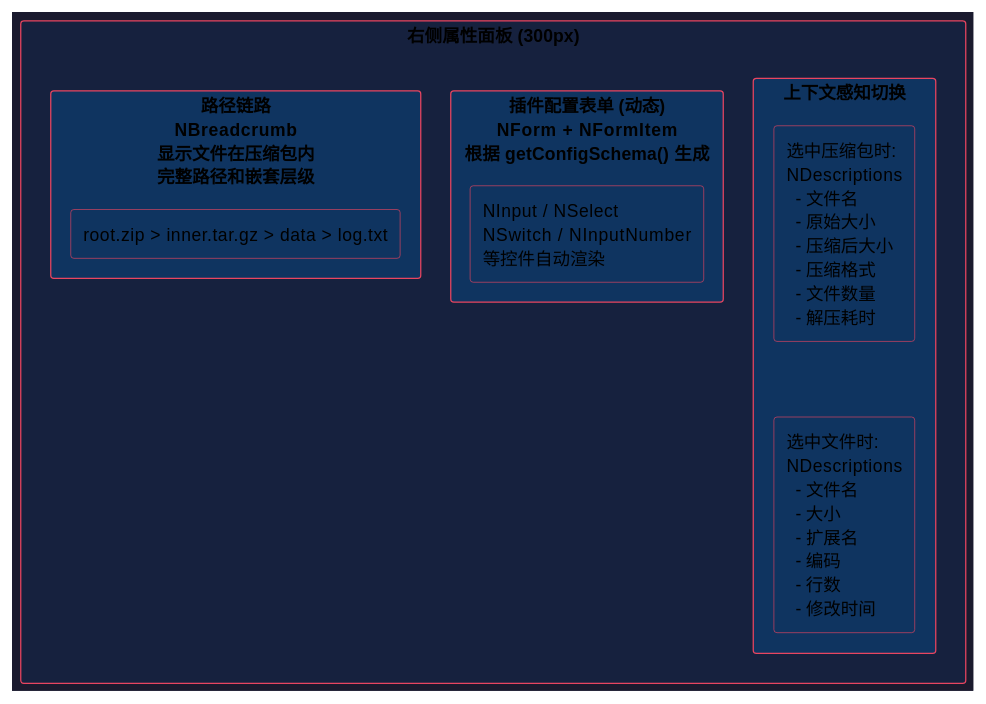
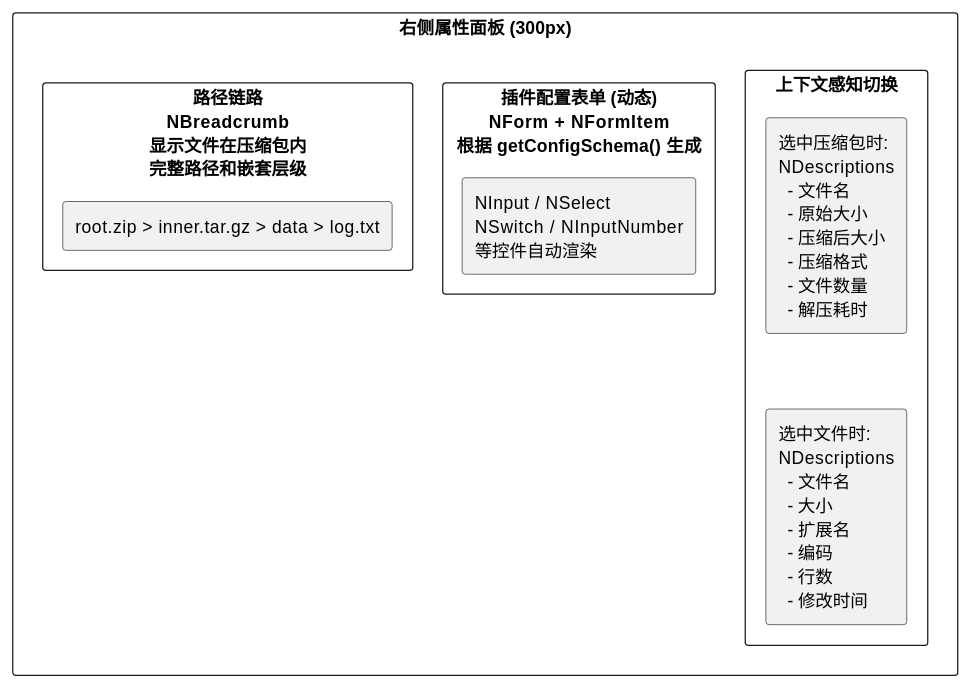
The sixth of 20 diagrams in docs/superpowers/specs/2026-06-26-system-architecture-design.md (taoweidong/Hello-Tauri), drawn with PlantUML before and after one commit. The commit also changed other lines of this file and 1 other file, not shown here.

Commit message:
docs: add README, remove PlantUML dark theme styles

````diff
--- a/docs/superpowers/specs/2026-06-26-system-architecture-design.md
+++ b/docs/superpowers/specs/2026-06-26-system-architecture-design.md
@@ -337,29 +308,24 @@
 ```plantuml
 @startuml
-skinparam backgroundColor #1a1a2e
-skinparam defaultTextColor #e0e0e0
-skinparam rectangleBackgroundColor #0f3460
-skinparam rectangleBorderColor #e94560
-skinparam arrowColor #e94560
 
-rectangle "右侧属性面板 (300px)" #16213e {
+rectangle "右侧属性面板 (300px)" {
 
-  rectangle "上下文感知切换" #0f3460 {
+  rectangle "上下文感知切换" {
 
     rectangle "选中压缩包时:\nNDescriptions\n  - 文件名\n  - 原始大小\n  - 压缩后大小\n  - 压缩格式\n  - 文件数量\n  - 解压耗时" as archive_meta
 
     rectangle "选中文件时:\nNDescriptions\n  - 文件名\n  - 大小\n  - 扩展名\n  - 编码\n  - 行数\n  - 修改时间" as file_meta
   }
 
-  rectangle "插件配置表单 (动态)\nNForm + NFormItem\n根据 getConfigSchema() 生成" #0f3460 {
+  rectangle "插件配置表单 (动态)\nNForm + NFormItem\n根据 getConfigSchema() 生成" {
     rectangle "NInput / NSelect\nNSwitch / NInputNumber\n等控件自动渲染" as config_form
   }
 
-  rectangle "路径链路\nNBreadcrumb\n显示文件在压缩包内\n完整路径和嵌套层级" #0f3460 {
+  rectangle "路径链路\nNBreadcrumb\n显示文件在压缩包内\n完整路径和嵌套层级" {
     rectangle "root.zip > inner.tar.gz > data > log.txt" as path_chain
   }
 }
 
 archive_meta -[hidden]down-> file_meta
 @enduml
 ```
````
